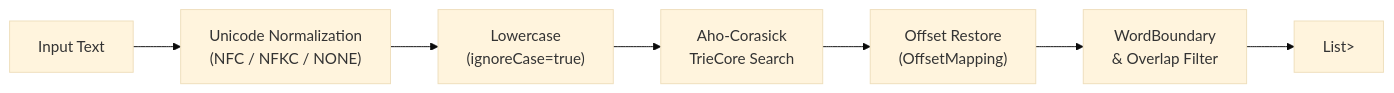
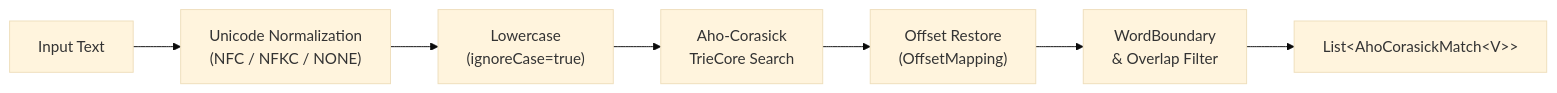
Before and after one commit to bluetape4k/bluetape4k-projects: the third of 3 diagrams in texts/text-search/README.md, drawn with Mermaid (base theme). The commit also changed other lines of this file and 8 other files, not shown here.

Commit message:
docs: texts/** 5개 모듈 README.md + README.ko.md 작성 (Mermaid UML, 사용 예제 포함)

````diff
--- a/texts/text-search/README.md
+++ b/texts/text-search/README.md
@@ -114,9 +112,9 @@
 ```mermaid
 flowchart LR
     Input["Input Text"] --> Normalize["Unicode Normalization\n(NFC / NFKC / NONE)"]
     Normalize --> LowerCase["Lowercase\n(ignoreCase=true)"]
     LowerCase --> TrieSearch["Aho-Corasick\nTrieCore Search"]
     TrieSearch --> OffsetRestore["Offset Restore\n(OffsetMapping)"]
     OffsetRestore --> Filter["WordBoundary\n& Overlap Filter"]
-    Filter --> Output["List<AhoCorasickMatch<V>>"]
+    Filter --> Output["List&lt;AhoCorasickMatch&lt;V&gt;&gt;"]
 ```
````
